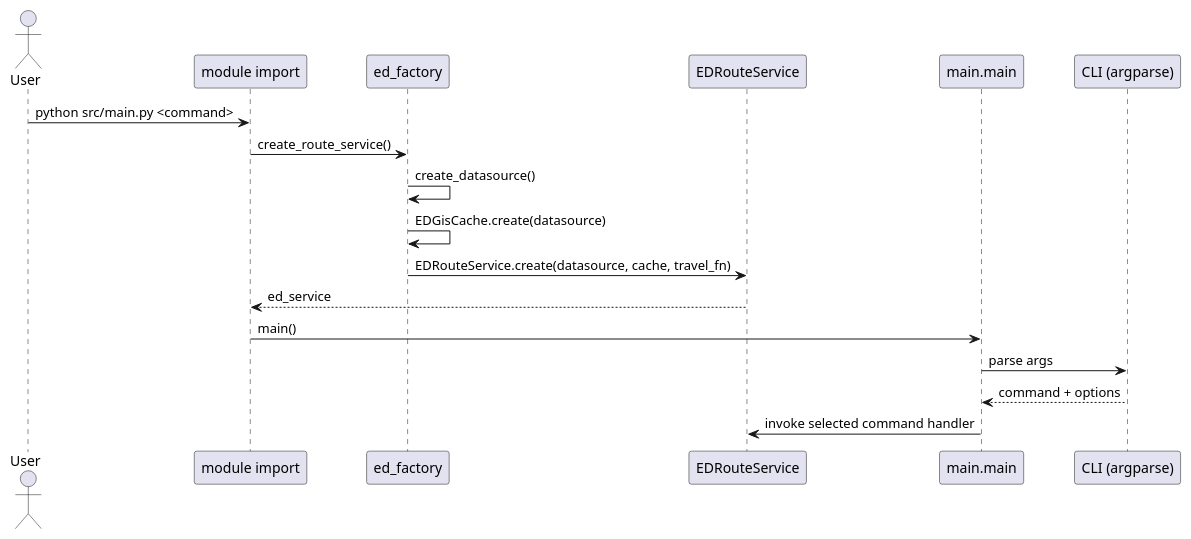
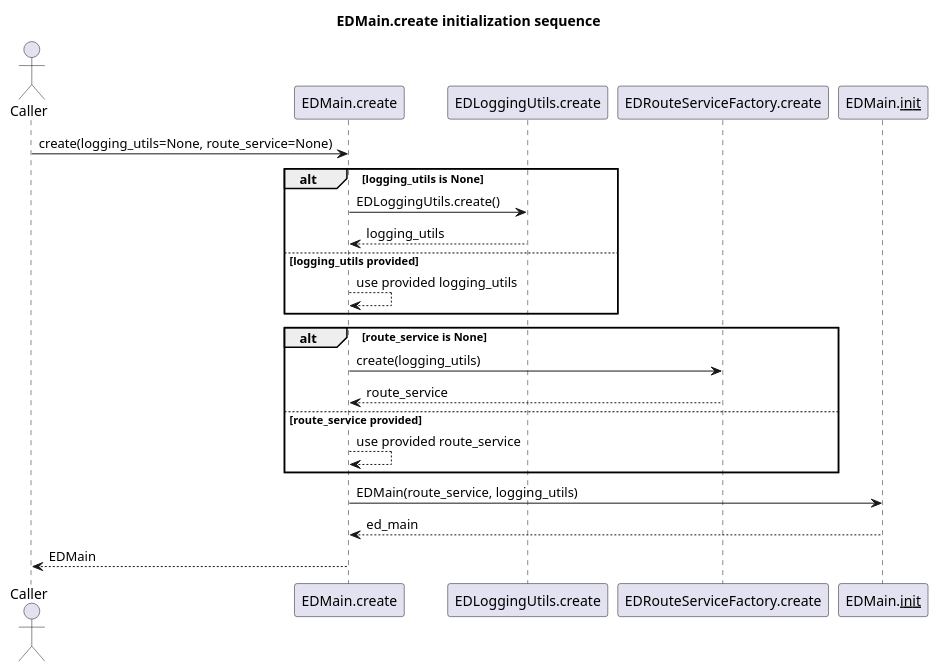
The fourth of 5 diagrams in docs/initialization_sequence_diagrams.puml (fazleskhan/elite_dangerous_discord_tools), drawn with PlantUML before and after one commit. The commit also changed other lines of this file and 73 other files, not shown here.

Commit message:
updated diagrams, readme, code comments and blacked source

```diff
--- a/docs/initialization_sequence_diagrams.puml
+++ b/docs/initialization_sequence_diagrams.puml
@@ -23,19 +101,28 @@
-@startuml main_initialization
-actor User
-participant "module import" as Import
-participant "ed_factory" as Factory
-participant "EDRouteService" as Route
-participant "main.main" as Main
-participant "CLI (argparse)" as CLI
+@startuml ed_main_initialization
+title EDMain.create initialization sequence
 
-User -> Import : python src/main.py <command>
-Import -> Factory : create_route_service()
-Factory -> Factory : create_datasource()
-Factory -> Factory : EDGisCache.create(datasource)
-Factory -> Route : EDRouteService.create(datasource, cache, travel_fn)
-Route --> Import : ed_service
-Import -> Main : main()
-Main -> CLI : parse args
-CLI --> Main : command + options
-Main -> Route : invoke selected command handler
+actor Caller
+participant "EDMain.create" as MainCreate
+participant "EDLoggingUtils.create" as LoggingCreate
+participant "EDRouteServiceFactory.create" as RouteFactory
+participant "EDMain.__init__" as MainInit
+
+Caller -> MainCreate : create(logging_utils=None, route_service=None)
+alt logging_utils is None
+  MainCreate -> LoggingCreate : EDLoggingUtils.create()
+  LoggingCreate --> MainCreate : logging_utils
+else logging_utils provided
+  MainCreate --> MainCreate : use provided logging_utils
+end
+
+alt route_service is None
+  MainCreate -> RouteFactory : create(logging_utils)
+  RouteFactory --> MainCreate : route_service
+else route_service provided
+  MainCreate --> MainCreate : use provided route_service
+end
+
+MainCreate -> MainInit : EDMain(route_service, logging_utils)
+MainInit --> MainCreate : ed_main
+MainCreate --> Caller : EDMain
 @enduml
```
